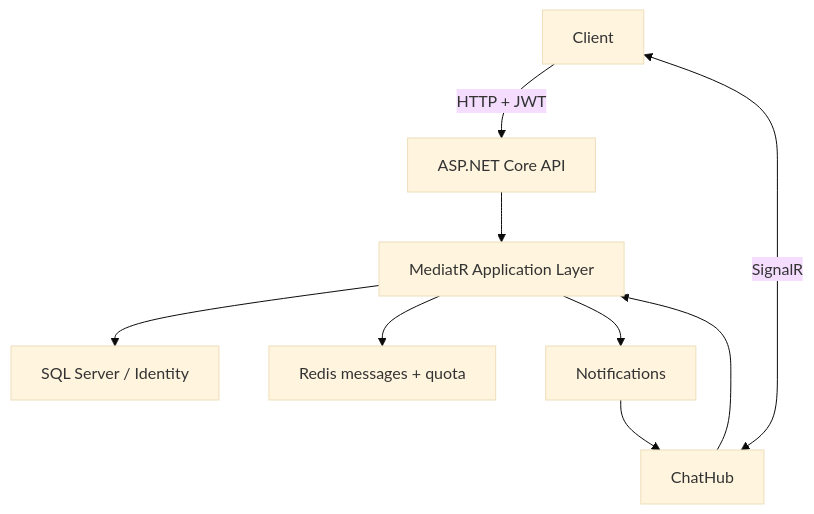
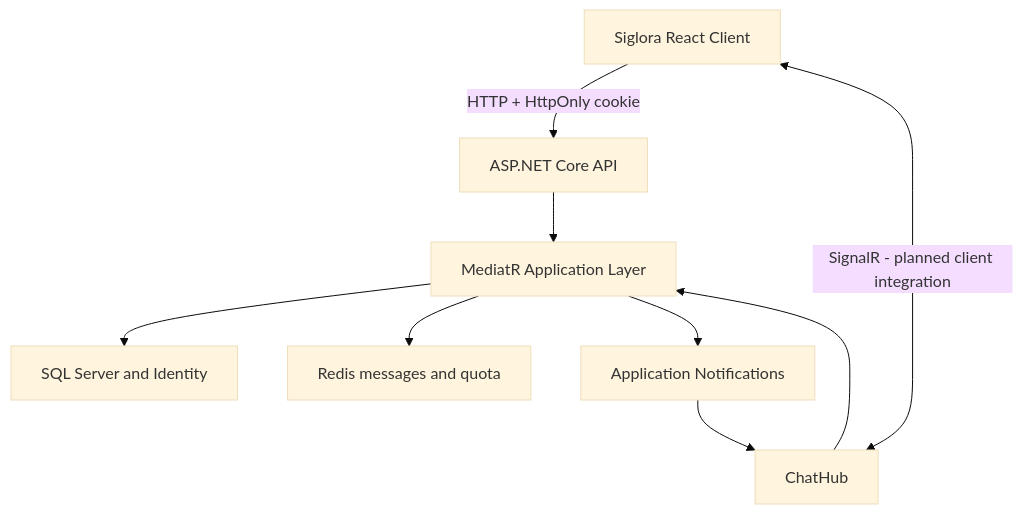
The diagram in README.md (Ekrem-Gungor/dotnet-realtime-chat), drawn with Mermaid (base theme) before and after one commit. The commit also changed other lines of this file, not shown here.

Commit message:
docs: document Siglora web client

````diff
--- a/README.md
+++ b/README.md
@@ -27,11 +51,11 @@
 ```mermaid
 flowchart TB
-    C["Client"] -->|"HTTP + JWT"| API["ASP.NET Core API"]
-    C <-->|"SignalR"| HUB["ChatHub"]
+    UI["Siglora React Client"] -->|"HTTP + HttpOnly cookie"| API["ASP.NET Core API"]
+    UI <-->|"SignalR - planned client integration"| HUB["ChatHub"]
     API --> APP["MediatR Application Layer"]
     HUB --> APP
-    APP --> SQL["SQL Server / Identity"]
-    APP --> REDIS["Redis messages + quota"]
-    APP --> EVENTS["Notifications"]
+    APP --> SQL["SQL Server and Identity"]
+    APP --> REDIS["Redis messages and quota"]
+    APP --> EVENTS["Application Notifications"]
     EVENTS --> HUB
 ```
````
